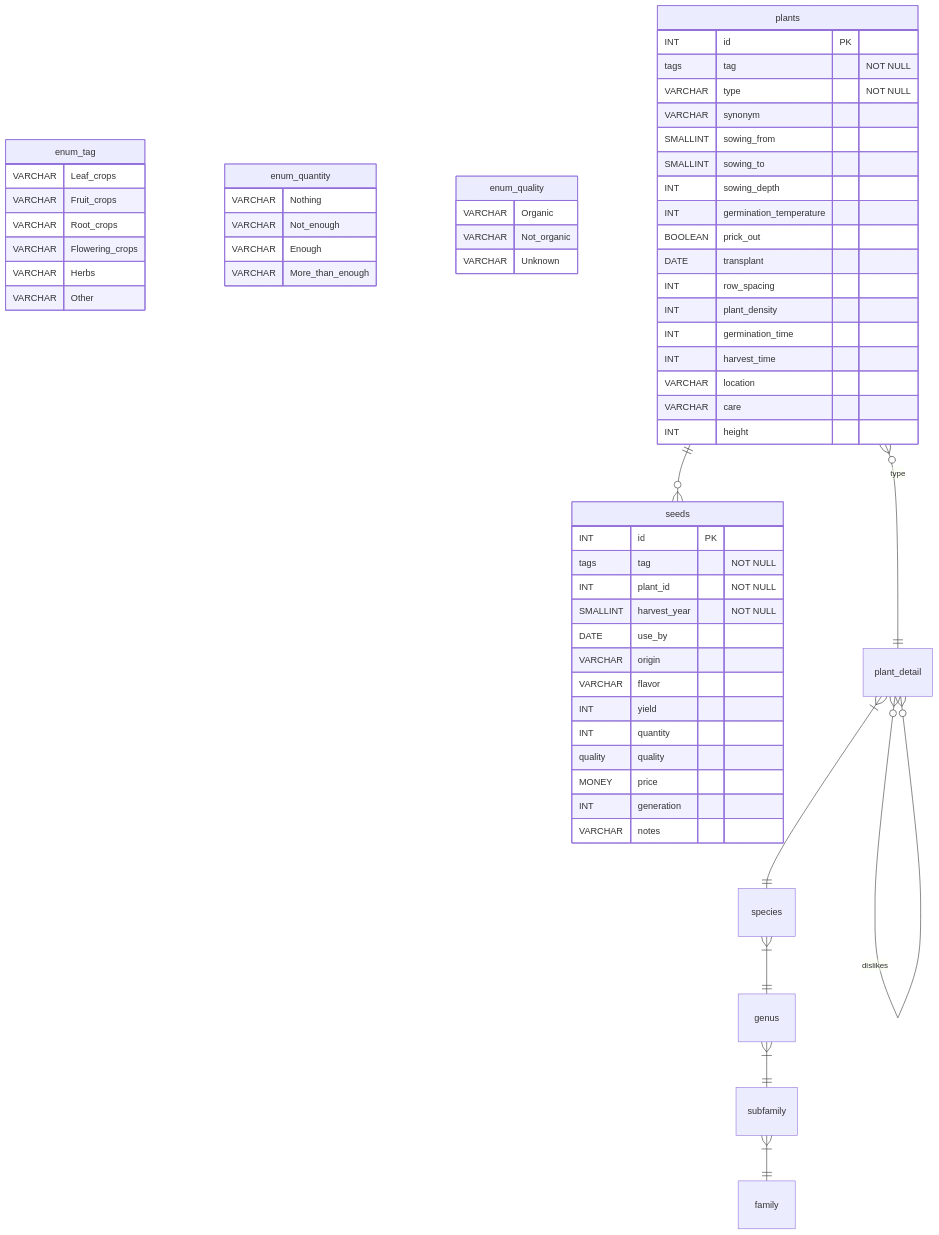
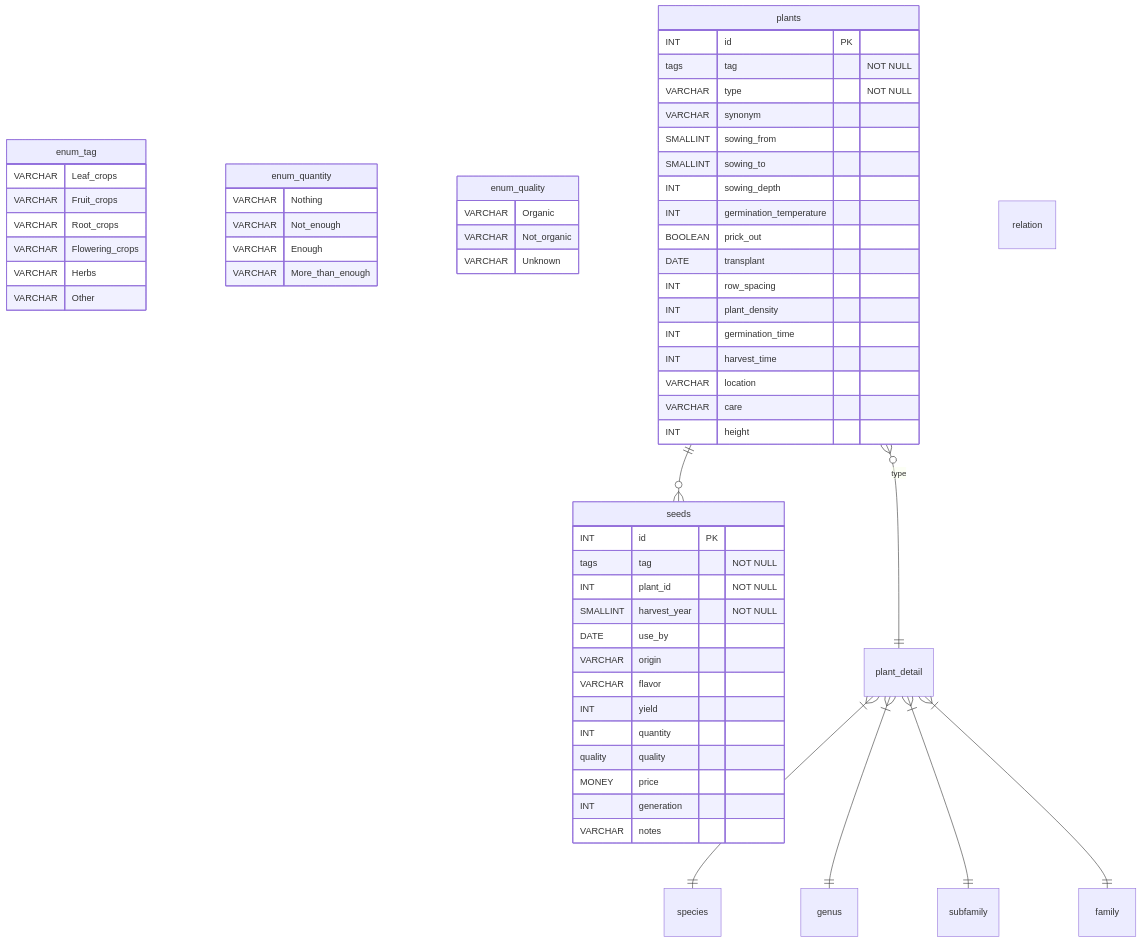
Before and after one commit to Benjaminimal/PermaplanT: the diagram in doc/architecture/database_schemata.md, drawn with Mermaid. The commit also changed other lines of this file, not shown here.

Commit message:
description for relations

````diff
--- a/doc/architecture/database_schemata.md
+++ b/doc/architecture/database_schemata.md
@@ -9,85 +9,80 @@
 ```mermaid
 erDiagram
 
 enum_tag {
   VARCHAR Leaf_crops
   VARCHAR Fruit_crops
   VARCHAR Root_crops
   VARCHAR Flowering_crops
   VARCHAR Herbs
   VARCHAR Other
 }
 
 enum_quantity {
   VARCHAR Nothing
   VARCHAR Not_enough
   VARCHAR Enough
   VARCHAR More_than_enough
 }
 
 enum_quality {
   VARCHAR Organic
   VARCHAR Not_organic
   VARCHAR Unknown
 }
 
 seeds {
   INT id PK
   tags tag "NOT NULL"
   INT plant_id "NOT NULL"
   SMALLINT harvest_year "NOT NULL"
   DATE use_by
   VARCHAR origin
   VARCHAR flavor
   INT yield
   INT quantity
   quality quality
   MONEY price
   INT generation
   VARCHAR notes
 }
 
 plants {
   INT id PK
   tags tag "NOT NULL"
   VARCHAR type "NOT NULL"
   VARCHAR synonym
   SMALLINT sowing_from
   SMALLINT sowing_to
   INT sowing_depth
   INT germination_temperature
   BOOLEAN prick_out
   DATE transplant
   INT row_spacing
   INT plant_density
   INT germination_time
   INT harvest_time
   VARCHAR location
   VARCHAR care
   INT height
 }
 
 plant_detail{}
 
 plants }o--|| plant_detail: "type"
 
 plants ||--o{ seeds : ""
 
-plant_detail }o--o{ plant_detail: "likes"
-
-plant_detail }o--o{ plant_detail: "dislikes"
-
 species{}
 genus{}
 subfamily{}
 family{}
 
+relation{}
+
 plant_detail }|--|| species : ""
-species }|--|| genus : ""
-genus }|--|| subfamily : ""
-subfamily }|--|| family : ""
-
-
-
+plant_detail }|--|| genus : ""
+plant_detail }|--|| subfamily : ""
+plant_detail }|--|| family : ""
 
 ```
````
